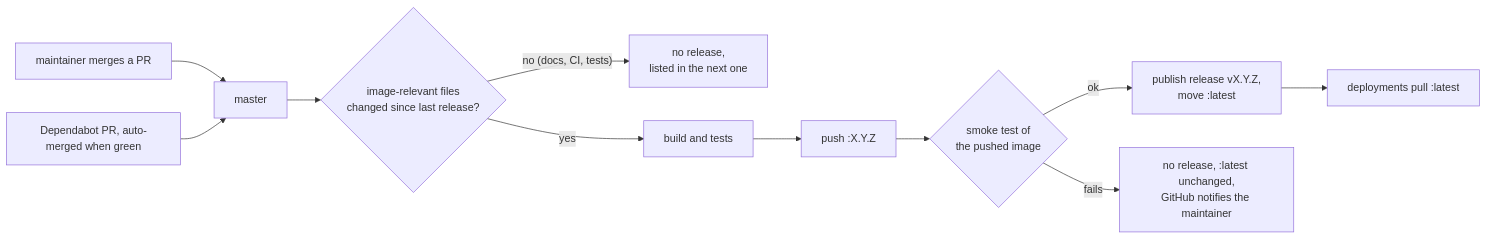
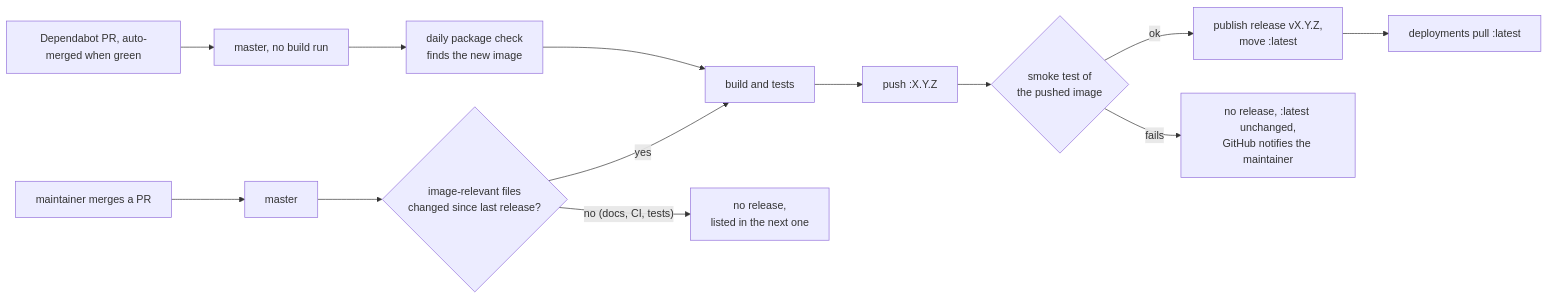
Before and after one commit to motwok/ShareContainer: the diagram in RELEASING.md, drawn with Mermaid. The commit also changed other lines of this file, not shown here.

Commit message:
docs: base image updates are released by the daily package check (#10)

````diff
--- a/RELEASING.md
+++ b/RELEASING.md
@@ -31,13 +31,15 @@
 ```mermaid
 flowchart LR
   O[maintainer merges a PR] --> M[master]
-  D[Dependabot PR, auto-merged when green] --> M
+  D[Dependabot PR, auto-merged when green] --> DM[master, no build run]
+  DM --> K[daily package check<br/>finds the new image]
+  K --> B
   M --> C{image-relevant files<br/>changed since last release?}
   C -- "no (docs, CI, tests)" --> Q[no release,<br/>listed in the next one]
   C -- yes --> B[build and tests]
   B --> G[push :X.Y.Z]
   G --> T{smoke test of<br/>the pushed image}
   T -- ok --> R[publish release vX.Y.Z,<br/>move :latest]
   T -- fails --> N[no release, :latest unchanged,<br/>GitHub notifies the maintainer]
   R --> P[deployments pull :latest]
 ```
````
